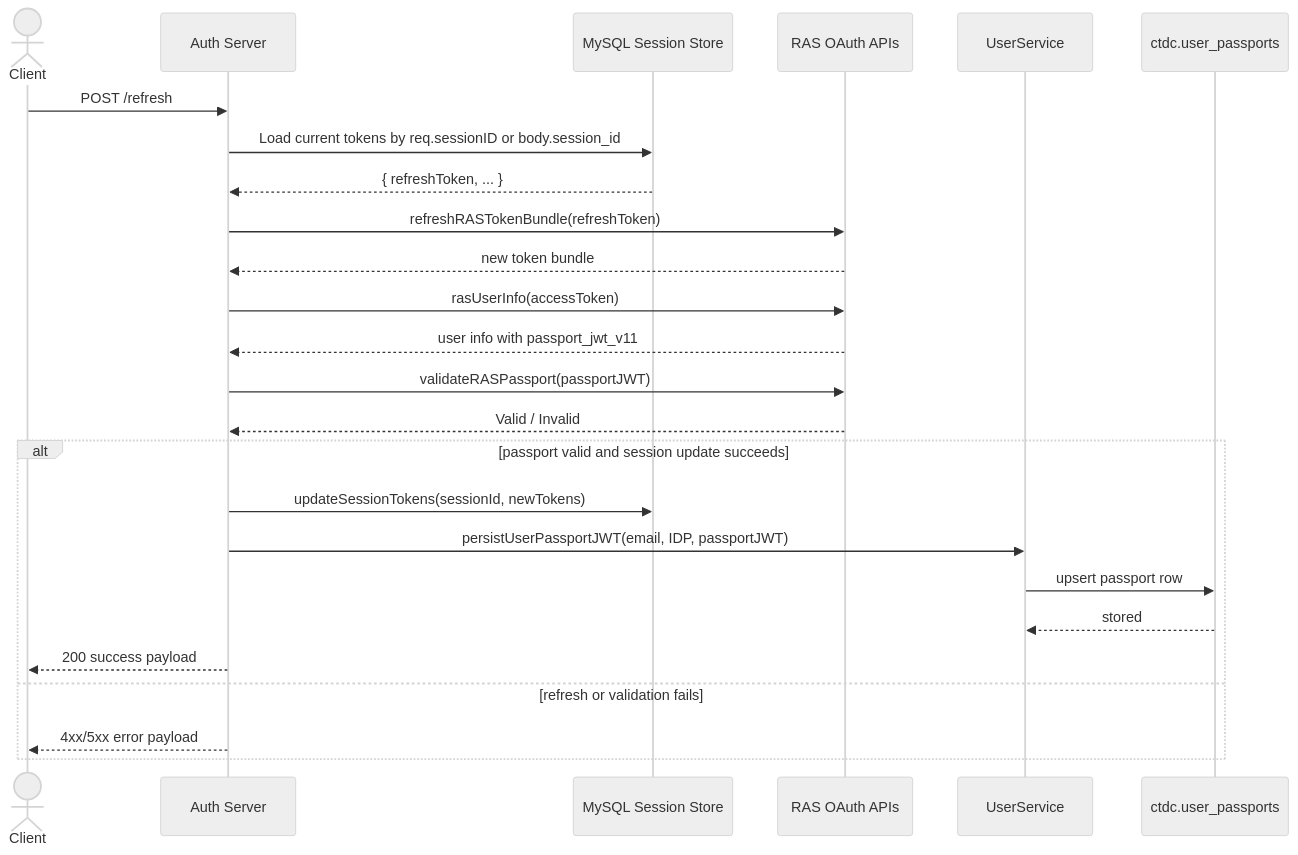
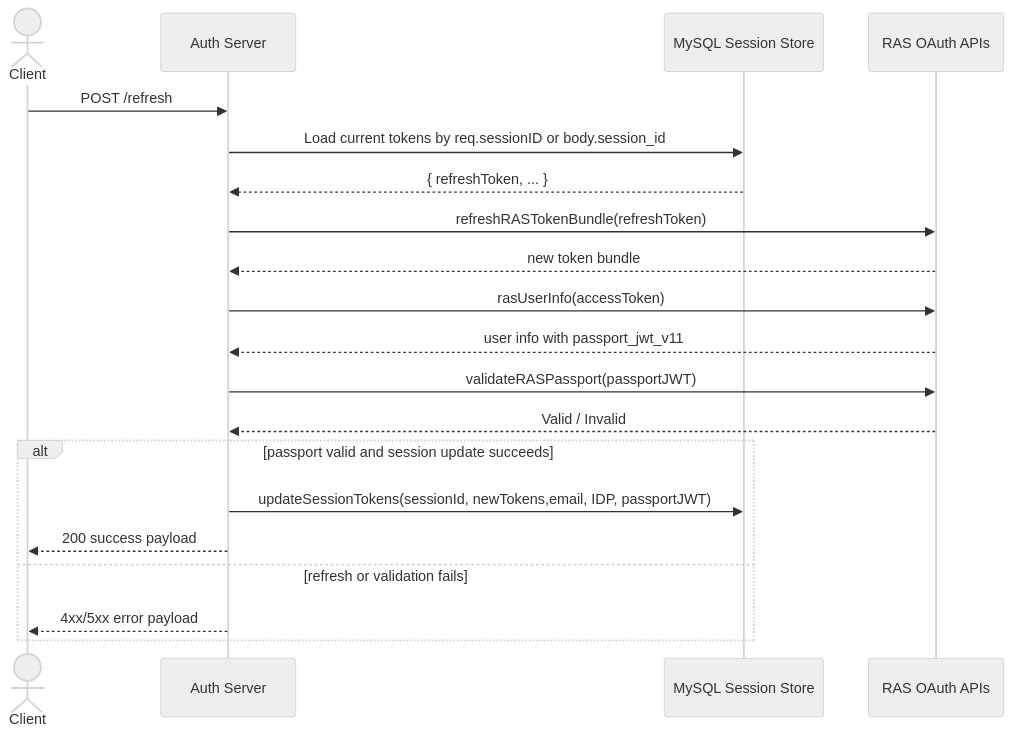
One commit to CBIIT/crdc-ctdc-authn changed the sixth of 8 diagrams in docs/architecture/runtime-flows.md. Above: the diagram before and after it, drawn with Mermaid (neutral theme). The commit also changed other lines of this file and 60 other files, not shown here.

````diff
--- a/docs/architecture/runtime-flows.md
+++ b/docs/architecture/runtime-flows.md
@@ -206,29 +206,24 @@
 ```mermaid
 sequenceDiagram
     actor Client
     participant AuthServer as Auth Server
     participant SessionStore as MySQL Session Store
     participant RAS as RAS OAuth APIs
-    participant UserService as UserService
-    participant PassportStore as ctdc.user_passports
 
     Client->>AuthServer: POST /refresh
     AuthServer->>SessionStore: Load current tokens by req.sessionID or body.session_id
     SessionStore-->>AuthServer: { refreshToken, ... }
     AuthServer->>RAS: refreshRASTokenBundle(refreshToken)
     RAS-->>AuthServer: new token bundle
     AuthServer->>RAS: rasUserInfo(accessToken)
     RAS-->>AuthServer: user info with passport_jwt_v11
     AuthServer->>RAS: validateRASPassport(passportJWT)
     RAS-->>AuthServer: Valid / Invalid
 
     alt passport valid and session update succeeds
-        AuthServer->>SessionStore: updateSessionTokens(sessionId, newTokens)
-        AuthServer->>UserService: persistUserPassportJWT(email, IDP, passportJWT)
-        UserService->>PassportStore: upsert passport row
-        PassportStore-->>UserService: stored
+        AuthServer->>SessionStore: updateSessionTokens(sessionId, newTokens,email, IDP, passportJWT)
         AuthServer-->>Client: 200 success payload
     else refresh or validation fails
         AuthServer-->>Client: 4xx/5xx error payload
     end
 ```
````
